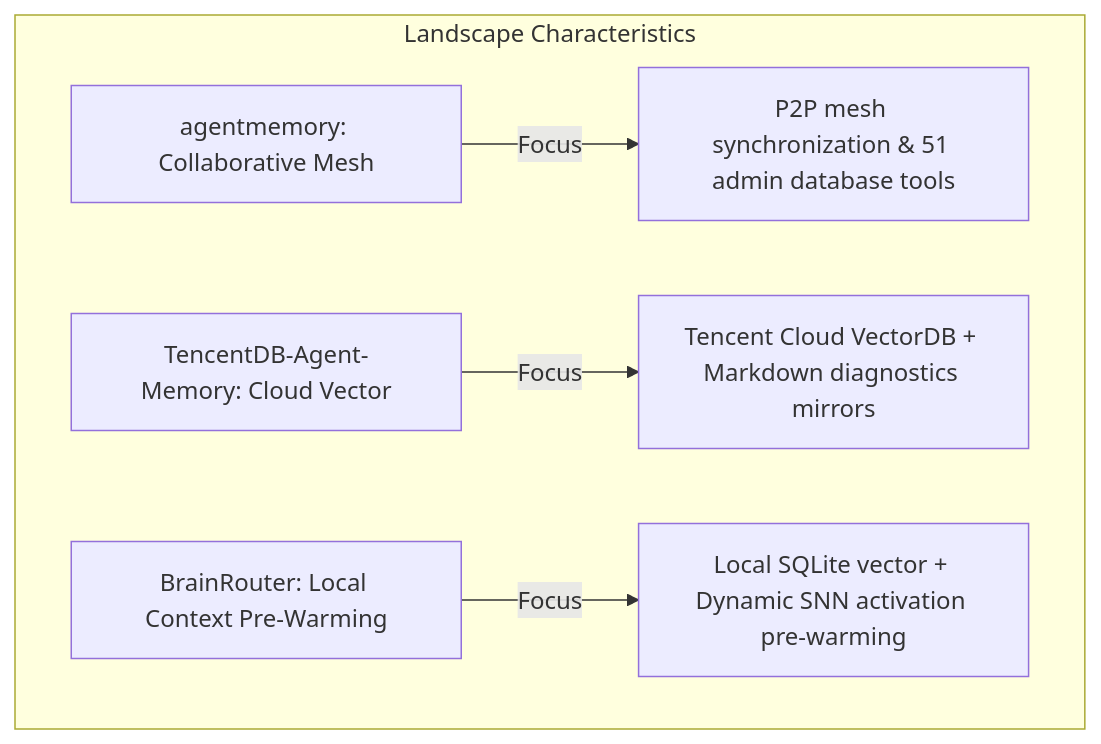
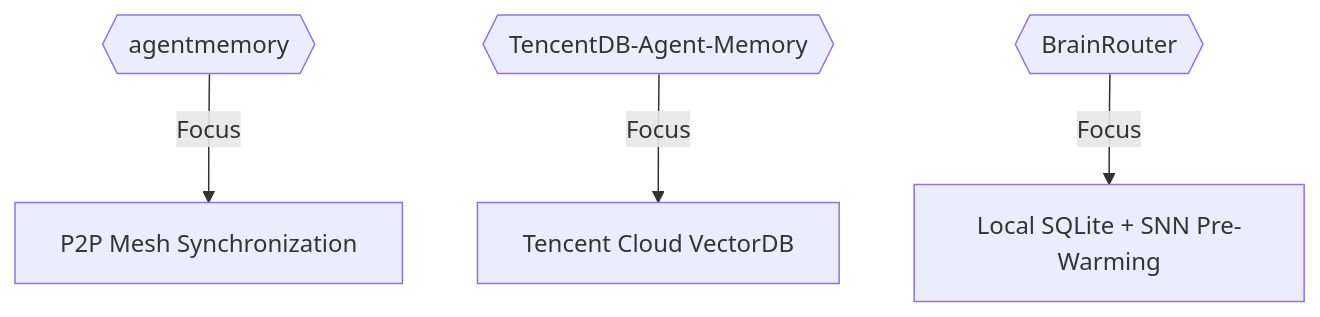
Before and after one commit to kinqsradiollc/BrainRouter: the second of 4 diagrams in PRESENTATION.md, drawn with Mermaid. The commit also changed other lines of this file and 1 other file, not shown here.

Commit message:
docs: improve mermaid graph rendering for github dark mode and responsiveness

````diff
--- a/PRESENTATION.md
+++ b/PRESENTATION.md
@@ -59,12 +57,14 @@
 ```mermaid
 graph TD
-    subgraph "Landscape Characteristics"
-        AM["agentmemory: Collaborative Mesh"]
-        TC["TencentDB-Agent-Memory: Cloud Vector"]
-        BR["BrainRouter: Local Context Pre-Warming"]
+    AM{{agentmemory}}
+    TC{{TencentDB-Agent-Memory}}
+    BR{{BrainRouter}}
 
-        AM -->|Focus| P2P["P2P mesh synchronization & 51 admin database tools"]
-        TC -->|Focus| Cloud["Tencent Cloud VectorDB + Markdown diagnostics mirrors"]
-        BR -->|Focus| Local["Local SQLite vector + Dynamic SNN activation pre-warming"]
-    end
+    P2P[P2P Mesh Synchronization]
+    Cloud[Tencent Cloud VectorDB]
+    Local[Local SQLite + SNN Pre-Warming]
+
+    AM -->|Focus| P2P
+    TC -->|Focus| Cloud
+    BR -->|Focus| Local
 ```
````
